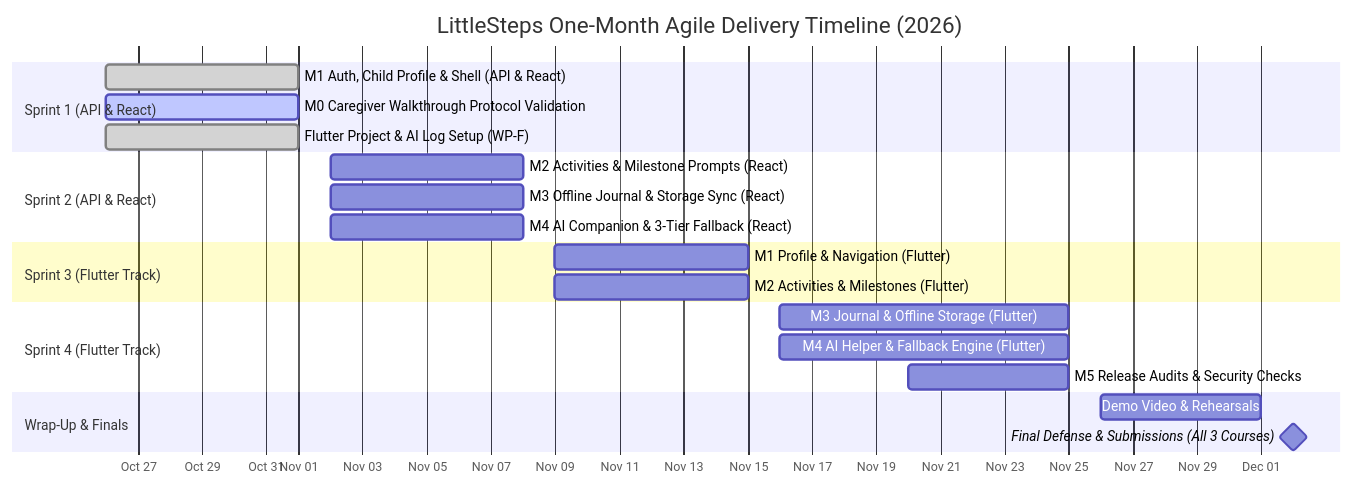
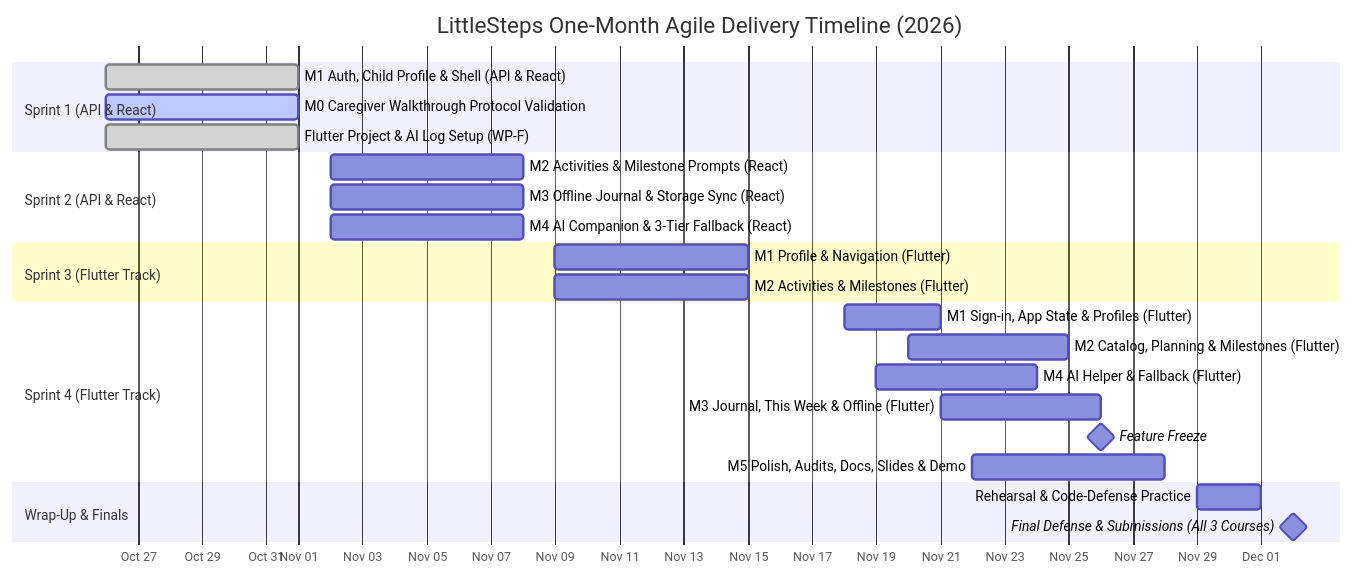
Before and after one commit to Thesis-Titans/littlesteps-docs: the diagram in docs/execution-plan.md, drawn with Mermaid. The commit also changed other lines of this file, not shown here.

Commit message:
docs: move the Flutter finish to November 28
Feature freeze on November 26 and polish, documentation, slides and demo
video on November 27-28, so the team is ready for a presentation in the
last week of November or the first week of December. Sprint 4 now runs
November 16-28 to match the project board.

````diff
--- a/docs/execution-plan.md
+++ b/docs/execution-plan.md
@@ -44,29 +44,32 @@
 ```mermaid
 gantt
     title LittleSteps One-Month Agile Delivery Timeline (2026)
     dateFormat  YYYY-MM-DD
     axisFormat  %b %d
 
     section Sprint 1 (API & React)
     M1 Auth, Child Profile & Shell (API & React)     :done, s1_1, 2026-10-26, 2026-11-01
     M0 Caregiver Walkthrough Protocol Validation      :active, s1_2, 2026-10-26, 2026-11-01
     Flutter Project & AI Log Setup (WP-F)            :done, s1_3, 2026-10-26, 2026-11-01
 
     section Sprint 2 (API & React)
     M2 Activities & Milestone Prompts (React)        :s2_1, 2026-11-02, 2026-11-08
     M3 Offline Journal & Storage Sync (React)        :s2_2, 2026-11-02, 2026-11-08
     M4 AI Companion & 3-Tier Fallback (React)        :s2_3, 2026-11-02, 2026-11-08
 
     section Sprint 3 (Flutter Track)
     M1 Profile & Navigation (Flutter)                :s3_1, 2026-11-09, 2026-11-15
     M2 Activities & Milestones (Flutter)             :s3_2, 2026-11-09, 2026-11-15
 
     section Sprint 4 (Flutter Track)
-    M3 Journal & Offline Storage (Flutter)           :s4_1, 2026-11-16, 2026-11-25
-    M4 AI Helper & Fallback Engine (Flutter)         :s4_2, 2026-11-16, 2026-11-25
-    M5 Release Audits & Security Checks              :s4_3, 2026-11-20, 2026-11-25
+    M1 Sign-in, App State & Profiles (Flutter)       :s4_0, 2026-11-18, 2026-11-21
+    M2 Catalog, Planning & Milestones (Flutter)      :s4_1, 2026-11-20, 2026-11-25
+    M4 AI Helper & Fallback (Flutter)                :s4_2, 2026-11-19, 2026-11-24
+    M3 Journal, This Week & Offline (Flutter)        :s4_3, 2026-11-21, 2026-11-26
+    Feature Freeze                                   :milestone, m_freeze, 2026-11-26, 0d
+    M5 Polish, Audits, Docs, Slides & Demo           :s4_4, 2026-11-22, 2026-11-28
 
     section Wrap-Up & Finals
-    Demo Video & Rehearsals                          :w1, 2026-11-26, 2026-12-01
+    Rehearsal & Code-Defense Practice                :w1, 2026-11-29, 2026-12-01
     Final Defense & Submissions (All 3 Courses)      :milestone, m_final, 2026-12-02, 0d
 ```
````
